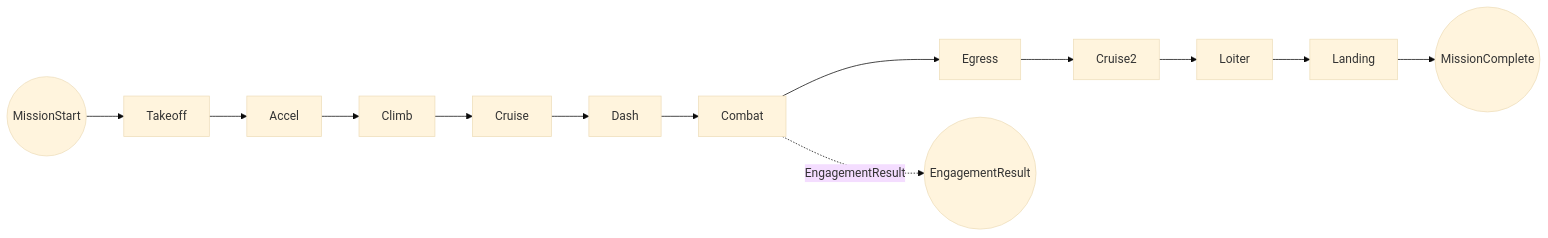
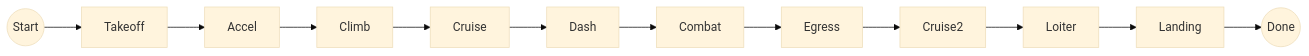
Before and after one commit to Idopt-Lab/air-vehicle-design: the first of 3 diagrams in air_vehicle_design/mbse/examples/f16a/docs/02_functions.md, drawn with Mermaid (base theme). The commit also changed other lines of this file and 77 other files, not shown here.

````diff
--- a/air_vehicle_design/mbse/examples/f16a/docs/02_functions.md
+++ b/air_vehicle_design/mbse/examples/f16a/docs/02_functions.md
@@ -43,5 +35,4 @@
 ```mermaid
 graph LR
-  MS(("MissionStart")) --> TO[Takeoff] --> AC[Accel] --> CL[Climb] --> CR[Cruise] --> DA[Dash] --> CB[Combat] --> EG[Egress] --> C2[Cruise2] --> LO[Loiter] --> LA[Landing] --> MC(("MissionComplete"))
-  CB -. EngagementResult .-> ER(("EngagementResult"))
+  S(("Start")) --> TO[Takeoff] --> AC[Accel] --> CL[Climb] --> CR[Cruise] --> DA[Dash] --> CB[Combat] --> EG[Egress] --> C2[Cruise2] --> LO[Loiter] --> LA[Landing] --> D(("Done"))
 ```
````
